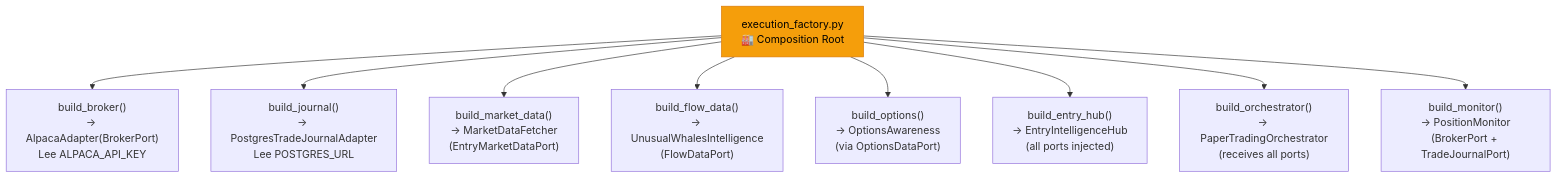
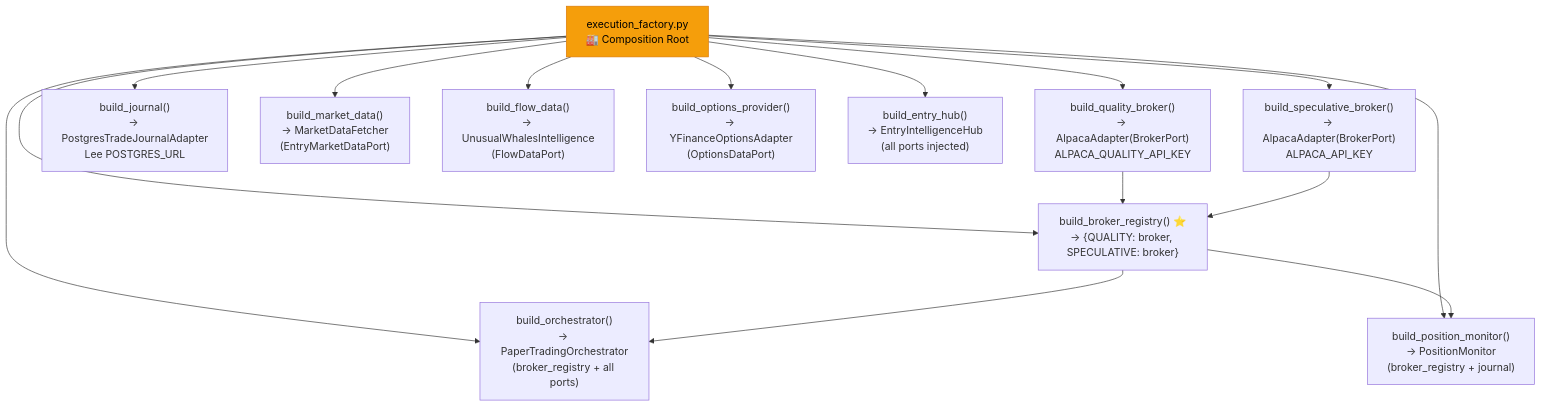
Before and after one commit to Charlie7532/botero-trade-engine: the third of 12 diagrams in docs/architecture-diagram.md, drawn with Mermaid. The commit also changed other lines of this file and 13 other files, not shown here.

Commit message:
refactor: decouple surveillance from orchestrator and split trade journal into departmental schema with instrument blacklisting

````diff
--- a/docs/architecture-diagram.md
+++ b/docs/architecture-diagram.md
@@ -193,15 +206,22 @@
 ```mermaid
 flowchart TD
     FAC["execution_factory.py<br/>🏭 Composition Root"]
 
-    FAC --> B["build_broker()<br/>→ AlpacaAdapter(BrokerPort)<br/>Lee ALPACA_API_KEY"]
+    FAC --> BQ["build_quality_broker()<br/>→ AlpacaAdapter(BrokerPort)<br/>ALPACA_QUALITY_API_KEY"]
+    FAC --> BS["build_speculative_broker()<br/>→ AlpacaAdapter(BrokerPort)<br/>ALPACA_API_KEY"]
+    FAC --> BR["build_broker_registry() ⭐<br/>→ {QUALITY: broker, SPECULATIVE: broker}"]
     FAC --> J["build_journal()<br/>→ PostgresTradeJournalAdapter<br/>Lee POSTGRES_URL"]
     FAC --> M["build_market_data()<br/>→ MarketDataFetcher<br/>(EntryMarketDataPort)"]
     FAC --> F["build_flow_data()<br/>→ UnusualWhalesIntelligence<br/>(FlowDataPort)"]
-    FAC --> O["build_options()<br/>→ OptionsAwareness<br/>(via OptionsDataPort)"]
+    FAC --> O["build_options_provider()<br/>→ YFinanceOptionsAdapter<br/>(OptionsDataPort)"]
     FAC --> H["build_entry_hub()<br/>→ EntryIntelligenceHub<br/>(all ports injected)"]
-    FAC --> P["build_orchestrator()<br/>→ PaperTradingOrchestrator<br/>(receives all ports)"]
-    FAC --> MON["build_monitor()<br/>→ PositionMonitor<br/>(BrokerPort + TradeJournalPort)"]
+    FAC --> P["build_orchestrator()<br/>→ PaperTradingOrchestrator<br/>(broker_registry + all ports)"]
+    FAC --> MON["build_position_monitor()<br/>→ PositionMonitor<br/>(broker_registry + journal)"]
+
+    BQ --> BR
+    BS --> BR
+    BR --> P
+    BR --> MON
 
     style FAC fill:#f59e0b,stroke:#d97706,color:#000
 ```
````
